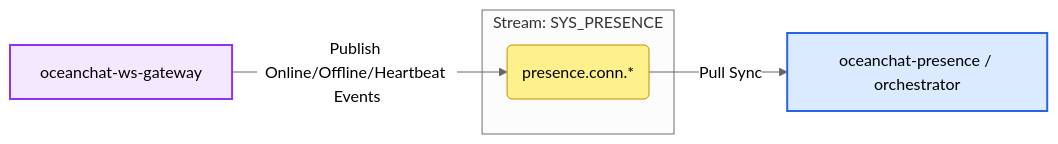
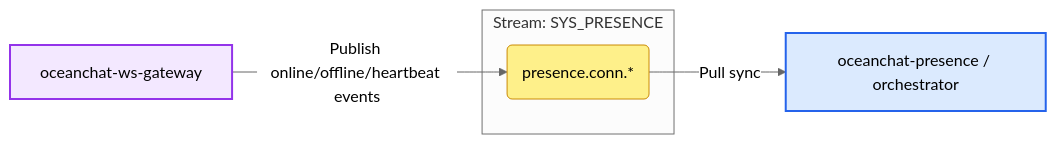
One commit to JamesWilson19970101/ocean.chat.docs changed the eighth of 13 diagrams in docs/devdocs/jetstream-strategy.md. Above: the diagram before and after it, drawn with Mermaid (neutral theme). The commit also changed other lines of this file and 1 other file, not shown here.

````diff
--- a/docs/devdocs/jetstream-strategy.md
+++ b/docs/devdocs/jetstream-strategy.md
@@ -382,16 +401,16 @@
 ```mermaid
 flowchart LR
   classDef gateway fill:#f3e8ff,stroke:#9333ea,stroke-width:2px,color:#000;
   classDef service fill:#dbeafe,stroke:#2563eb,stroke-width:2px,color:#000;
   classDef subject fill:#fef08a,stroke:#ca8a04,stroke-width:1px,color:#000;
 
   P[oceanchat-ws-gateway]:::gateway
   C[oceanchat-presence / orchestrator]:::service
 
   subgraph Stream: SYS_PRESENCE
     SUB(presence.conn.*):::subject
   end
 
-  P -- Publish Online/Offline/Heartbeat Events --> SUB
-  SUB -- Pull Sync --> C
+  P -- Publish online/offline/heartbeat events --> SUB
+  SUB -- Pull sync --> C
 ```
````
